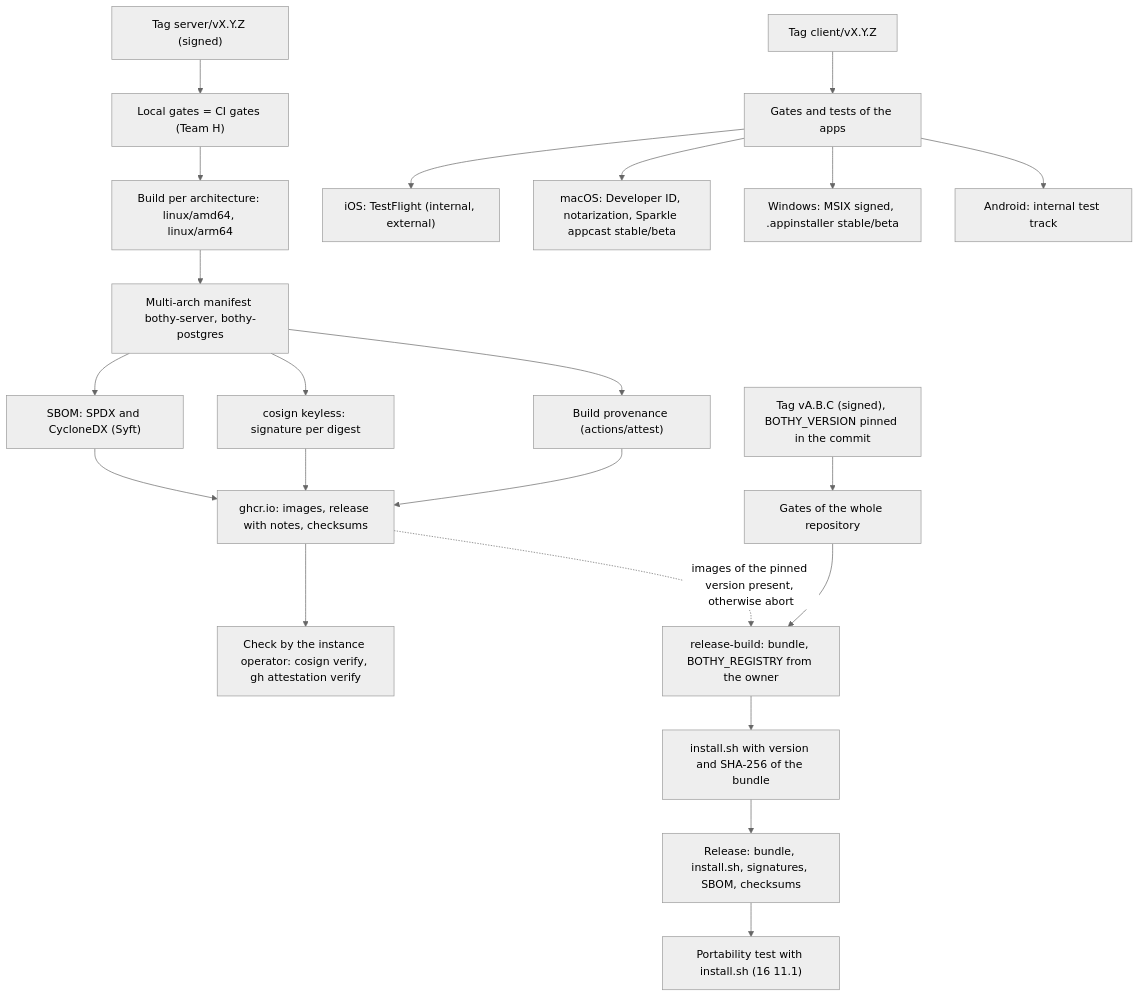
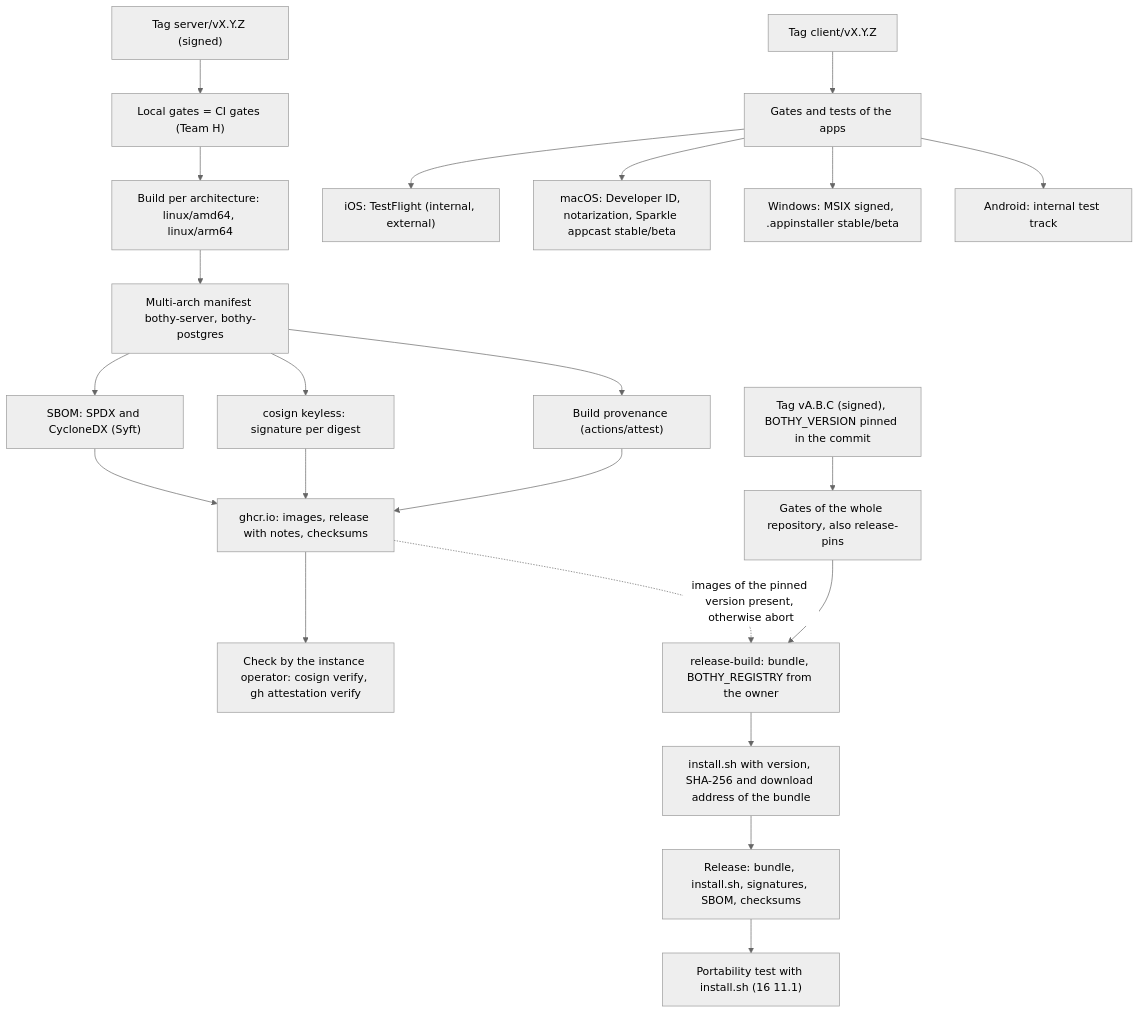
Before and after one commit to mguttmann/bothy: the diagram in docs/operations/diagrams/release-pipeline.mmd, drawn with Mermaid (neutral theme). The commit also changed 30 other files, not shown here.

```diff
--- a/docs/operations/diagrams/release-pipeline.mmd
+++ b/docs/operations/diagrams/release-pipeline.mmd
@@ -1,24 +1,24 @@
 flowchart TB
     tag["Tag server/vX.Y.Z (signed)"] --> gates["Local gates = CI gates (Team H)"]
     gates --> build["Build per architecture: linux/amd64, linux/arm64"]
     build --> manifest["Multi-arch manifest bothy-server, bothy-postgres"]
     manifest --> sbom["SBOM: SPDX and CycloneDX (Syft)"]
     manifest --> sign["cosign keyless: signature per digest"]
     manifest --> prov["Build provenance (actions/attest)"]
     sbom --> publish["ghcr.io: images, release with notes, checksums"]
     sign --> publish
     prov --> publish
     publish --> verify["Check by the instance operator: cosign verify, gh attestation verify"]
 
-    prodtag["Tag vA.B.C (signed), BOTHY_VERSION pinned in the commit"] --> prodgates["Gates of the whole repository"]
+    prodtag["Tag vA.B.C (signed), BOTHY_VERSION pinned in the commit"] --> prodgates["Gates of the whole repository, also release-pins"]
     prodgates --> bundle["release-build: bundle, BOTHY_REGISTRY from the owner"]
     publish -. "images of the pinned version present, otherwise abort" .-> bundle
-    bundle --> install["install.sh with version and SHA-256 of the bundle"]
+    bundle --> install["install.sh with version, SHA-256 and download address of the bundle"]
     install --> prodpublish["Release: bundle, install.sh, signatures, SBOM, checksums"]
     prodpublish --> port["Portability test with install.sh (16 11.1)"]
 
     apptag["Tag client/vX.Y.Z"] --> appgates["Gates and tests of the apps"]
     appgates --> ios["iOS: TestFlight (internal, external)"]
     appgates --> mac["macOS: Developer ID, notarization, Sparkle appcast stable/beta"]
     appgates --> win["Windows: MSIX signed, .appinstaller stable/beta"]
     appgates --> android["Android: internal test track"]
```
